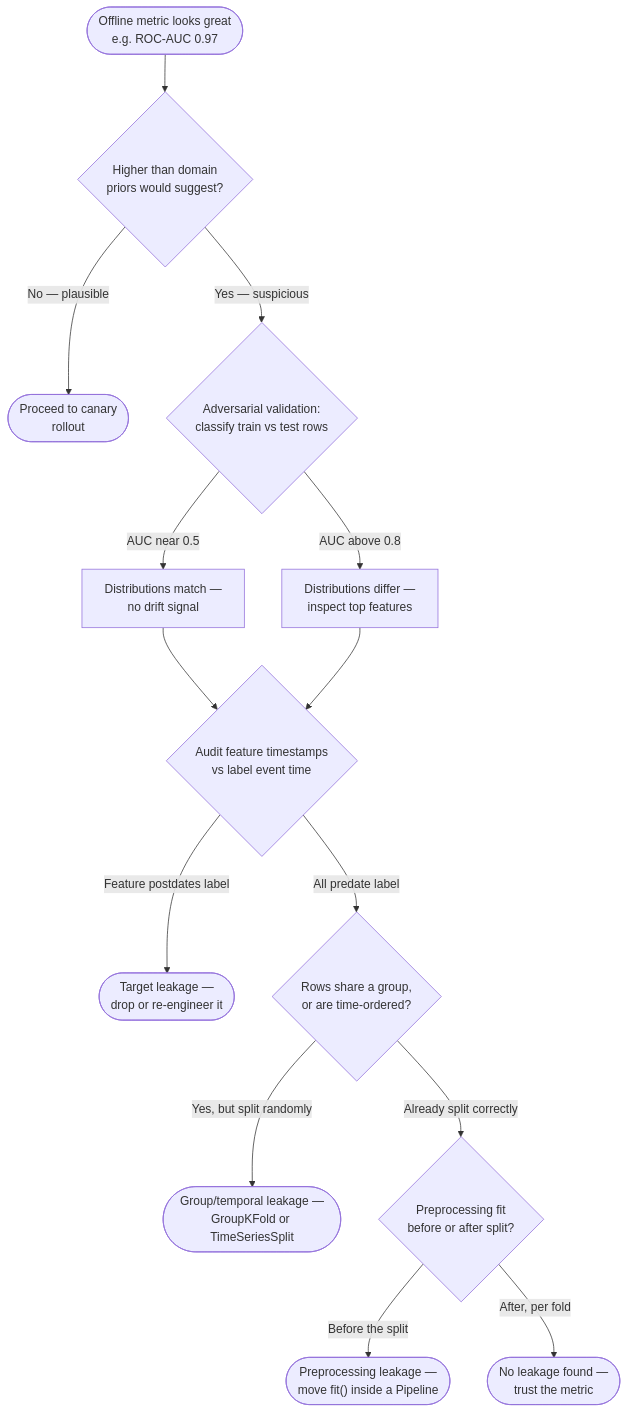
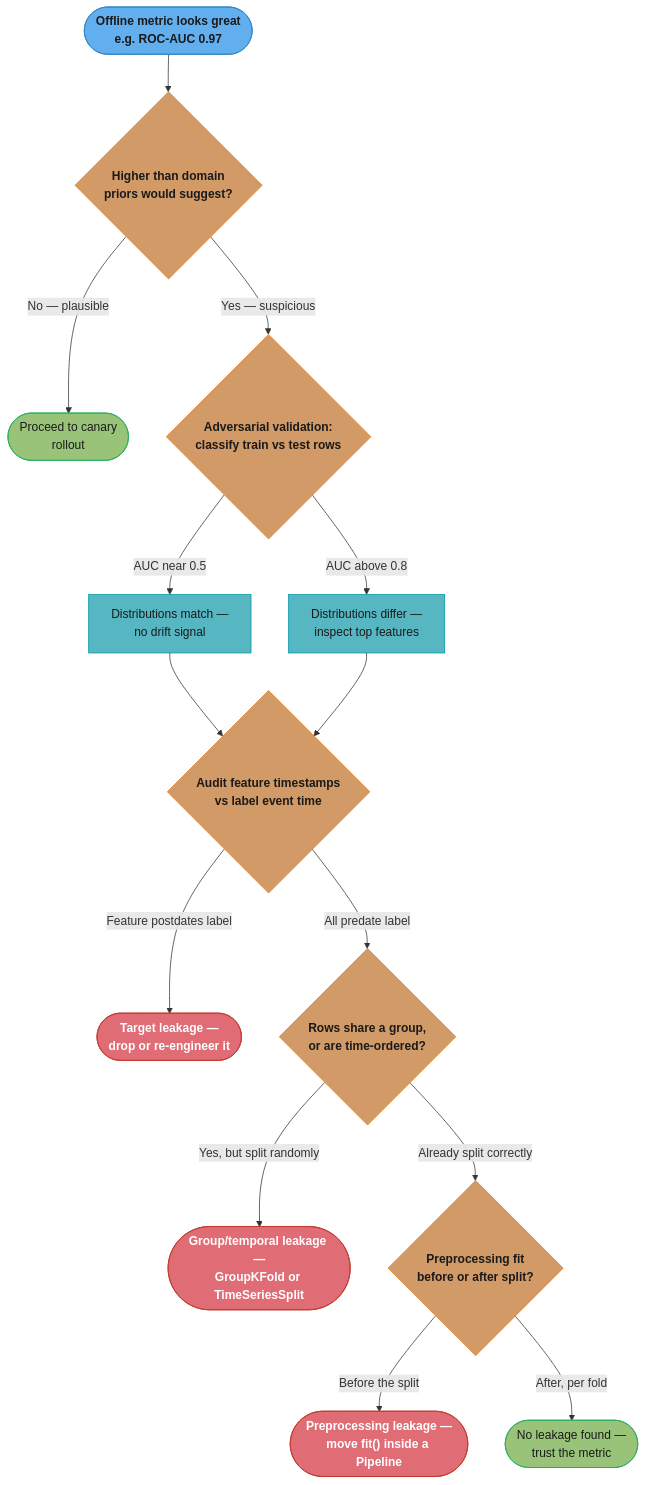
The first of 2 diagrams in src/main/java/com/rutik/systemdesign/ml/imbalanced_data_and_leakage_traps/imbalanced_data_and_leakage_traps.md (rppol/system-design), drawn with Mermaid before and after one commit. The commit also changed other lines of this file and 38 other files, not shown here.

````diff
--- a/src/main/java/com/rutik/systemdesign/ml/imbalanced_data_and_leakage_traps/imbalanced_data_and_leakage_traps.md
+++ b/src/main/java/com/rutik/systemdesign/ml/imbalanced_data_and_leakage_traps/imbalanced_data_and_leakage_traps.md
@@ -147,16 +147,30 @@
 ```mermaid
 flowchart TD
+    classDef io      fill:#61afef,stroke:#2e86c1,color:#1a1a1a,font-weight:bold
+    classDef frozen  fill:#c678dd,stroke:#9b59b6,color:#fff
+    classDef train   fill:#98c379,stroke:#27ae60,color:#1a1a1a
+    classDef mathOp  fill:#d19a66,stroke:#e67e22,color:#1a1a1a,font-weight:bold
+    classDef lossN   fill:#e06c75,stroke:#c0392b,color:#fff,font-weight:bold
+    classDef req     fill:#56b6c2,stroke:#0097a7,color:#1a1a1a
+    classDef base    fill:#e5c07b,stroke:#f39c12,color:#1a1a1a
+
     A(["Offline metric looks great\ne.g. ROC-AUC 0.97"]) --> B{"Higher than domain\npriors would suggest?"}
     B -->|"No — plausible"| C(["Proceed to canary\nrollout"])
     B -->|"Yes — suspicious"| D{"Adversarial validation:\nclassify train vs test rows"}
     D -->|"AUC near 0.5"| E["Distributions match —\nno drift signal"]
     D -->|"AUC above 0.8"| F["Distributions differ —\ninspect top features"]
     E --> G{"Audit feature timestamps\nvs label event time"}
     F --> G
     G -->|"Feature postdates label"| H(["Target leakage —\ndrop or re-engineer it"])
     G -->|"All predate label"| I{"Rows share a group,\nor are time-ordered?"}
     I -->|"Yes, but split randomly"| J(["Group/temporal leakage —\nGroupKFold or TimeSeriesSplit"])
     I -->|"Already split correctly"| K{"Preprocessing fit\nbefore or after split?"}
     K -->|"Before the split"| L(["Preprocessing leakage —\nmove fit() inside a Pipeline"])
     K -->|"After, per fold"| M(["No leakage found —\ntrust the metric"])
+
+    class A io
+    class B,D,G,I,K mathOp
+    class C,M train
+    class E,F req
+    class H,J,L lossN
 ```
````
